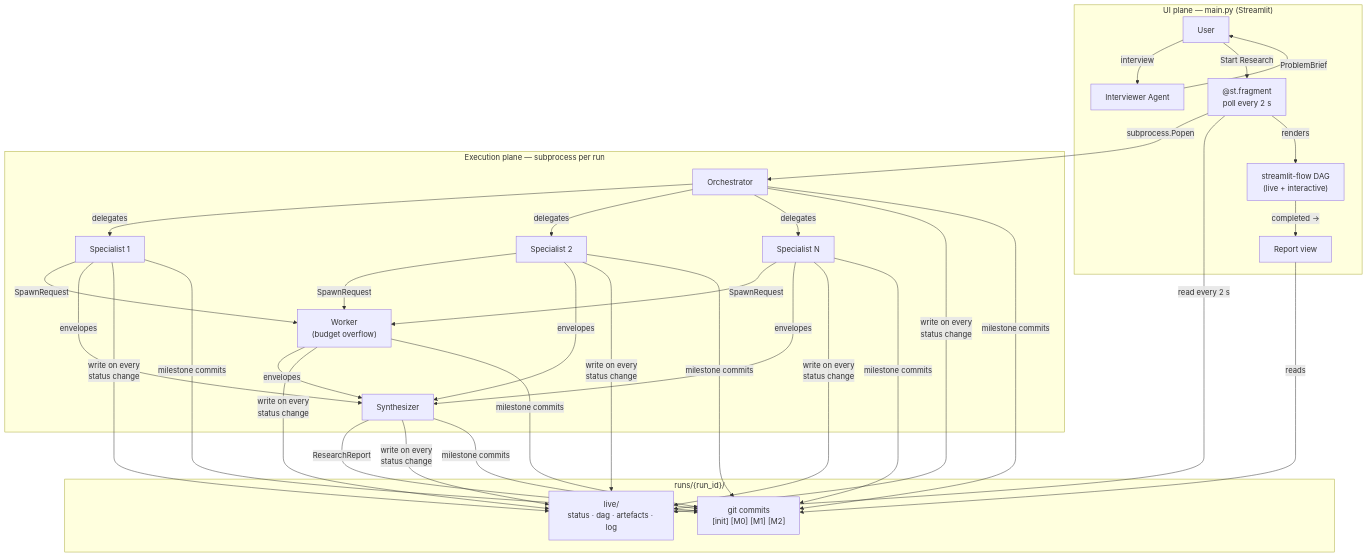
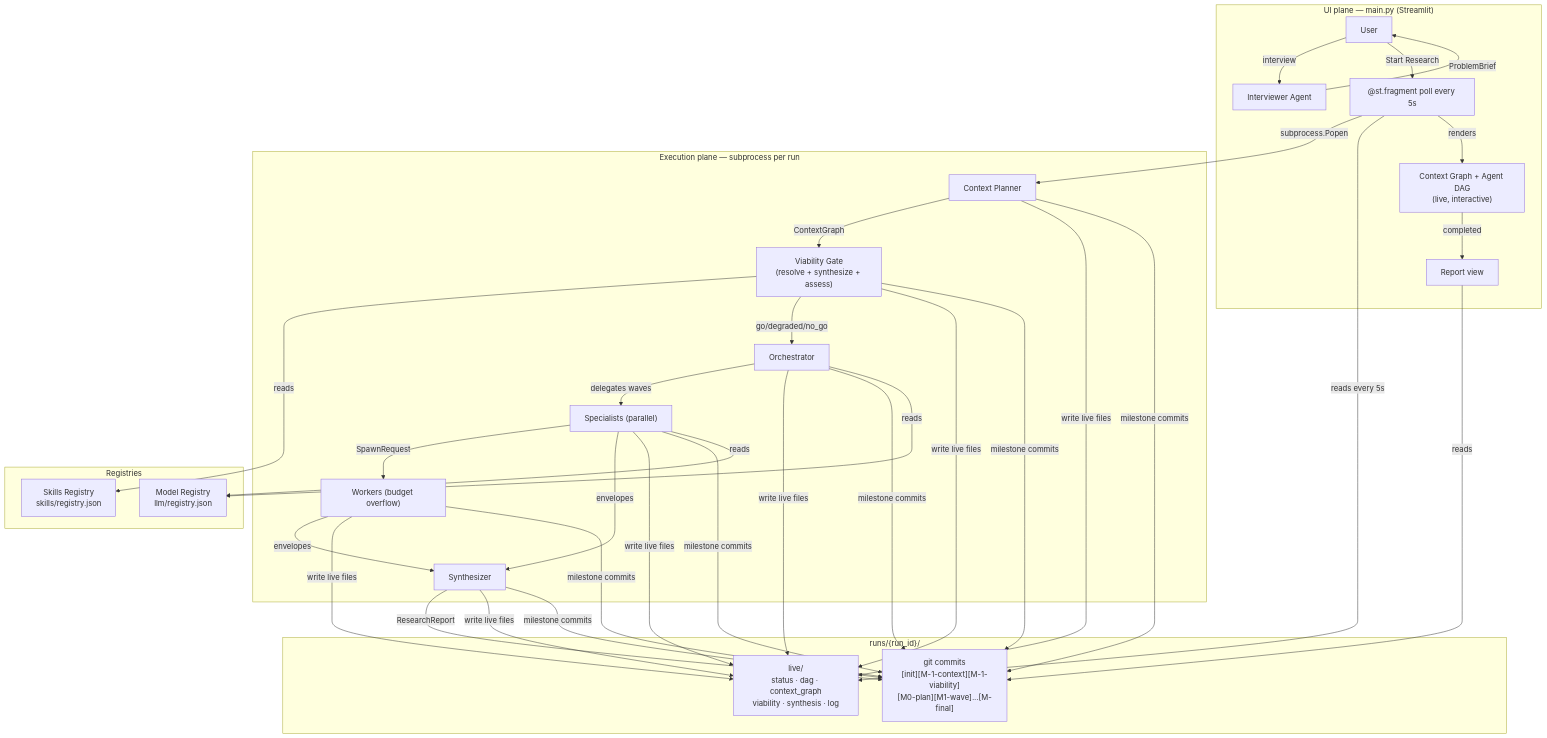
The diagram in README.md (ai-agents-for-humans/slow-ai), drawn with Mermaid before and after one commit. The commit also changed other lines of this file and 11 other files, not shown here.

````diff
--- a/README.md
+++ b/README.md
@@ -308,42 +153,48 @@
 ```mermaid
 graph TD
     subgraph UI ["UI plane — main.py (Streamlit)"]
         User["User"]
         IV["Interviewer Agent"]
-        Fragment["@st.fragment\npoll every 2 s"]
-        DAG["streamlit-flow DAG\n(live + interactive)"]
+        Fragment["@st.fragment poll every 5s"]
+        DAG["Context Graph + Agent DAG\n(live, interactive)"]
         Report["Report view"]
     end
 
     subgraph Run ["Execution plane — subprocess per run"]
+        CP["Context Planner"]
+        VG["Viability Gate\n(resolve + synthesize + assess)"]
         ORC["Orchestrator"]
-        S1["Specialist 1"]
-        S2["Specialist 2"]
-        SN["Specialist N"]
-        W["Worker\n(budget overflow)"]
+        SP["Specialists (parallel)"]
+        W["Workers (budget overflow)"]
         SYN["Synthesizer"]
     end
 
     subgraph Store ["runs/{run_id}/"]
-        LIVE["live/\nstatus · dag · artefacts · log"]
-        GIT["git commits\n[init] [M0] [M1] [M2]"]
+        LIVE["live/\nstatus · dag · context_graph\nviability · synthesis · log"]
+        GIT["git commits\n[init][M-1-context][M-1-viability]\n[M0-plan][M1-wave]...[M-final]"]
+    end
+
+    subgraph Registries ["Registries"]
+        SR["Skills Registry\nskills/registry.json"]
+        MR["Model Registry\nllm/registry.json"]
     end
 
     User -->|interview| IV
     IV -->|ProblemBrief| User
     User -->|Start Research| Fragment
-
-    Fragment -->|subprocess.Popen| ORC
-    ORC -->|delegates| S1 & S2 & SN
-    S1 & S2 & SN -->|SpawnRequest| W
-    S1 & S2 & SN & W -->|envelopes| SYN
+    Fragment -->|subprocess.Popen| CP
+    CP -->|ContextGraph| VG
+    VG -->|reads| SR
+    VG -->|go/degraded/no_go| ORC
+    ORC -->|delegates waves| SP
+    SP -->|SpawnRequest| W
+    SP & W -->|envelopes| SYN
     SYN -->|ResearchReport| GIT
-
-    ORC & S1 & S2 & SN & W & SYN -->|write on every\nstatus change| LIVE
-    ORC & S1 & S2 & SN & W & SYN -->|milestone commits| GIT
-
-    Fragment -->|read every 2 s| LIVE
+    CP & VG & ORC & SP & W & SYN -->|write live files| LIVE
+    CP & VG & ORC & SP & W & SYN -->|milestone commits| GIT
+    ORC & SP -->|reads| MR
+    Fragment -->|reads every 5s| LIVE
     Fragment -->|renders| DAG
-    DAG -->|completed →| Report
+    DAG -->|completed| Report
     Report -->|reads| GIT
 ```
````
